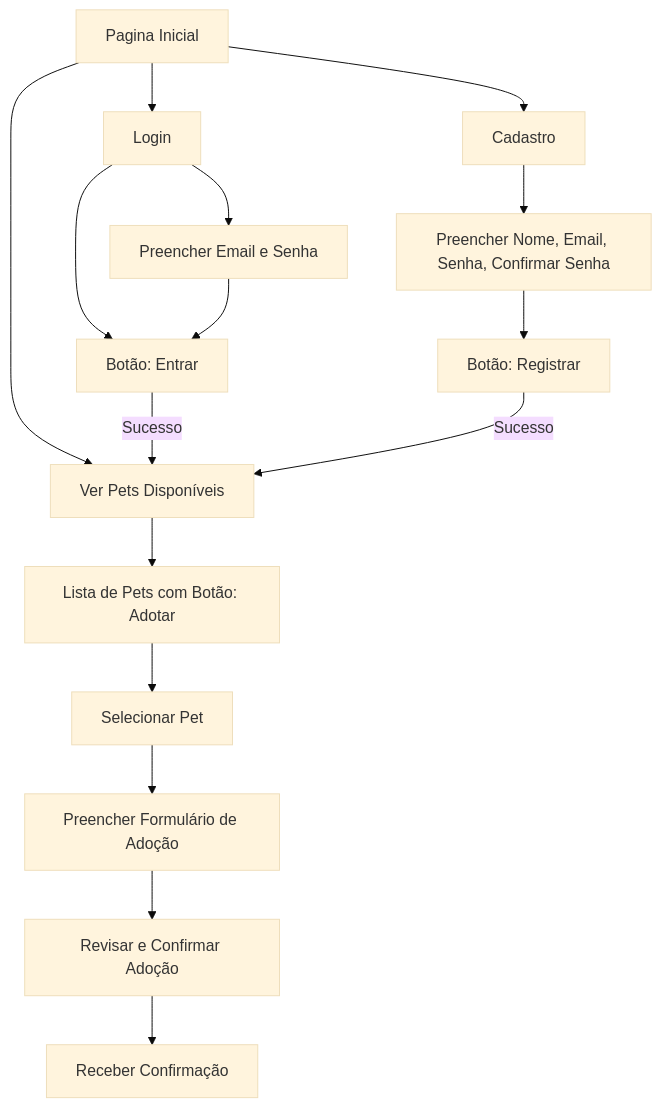
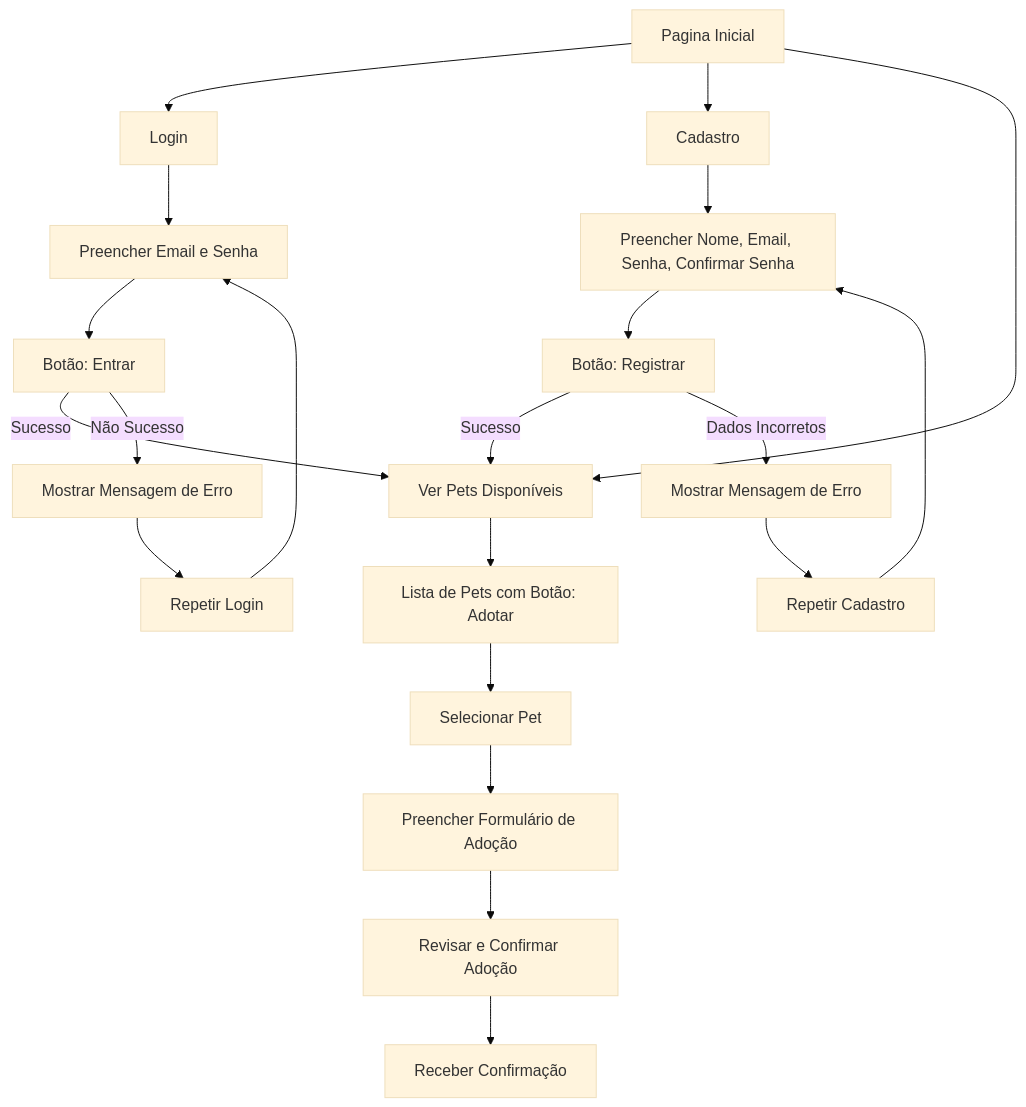
Before and after one commit to ICEI-PUC-Minas-PMV-ADS/pmv-ads-2024-2-e2-proj-int-t6-pmv-ads-2024-2-e2-proj-int-t6-IntApplicationProject-Template: the diagram in docs/04-Projeto de Interface.md, drawn with Mermaid (base theme).

Commit message:
Update 04-Projeto de Interface.md

````diff
--- a/docs/04-Projeto de Interface.md
+++ b/docs/04-Projeto de Interface.md
@@ -11,23 +11,28 @@
 ```mermaid
 graph TD;
     A[Pagina Inicial] --> B[Login]
     A --> C[Cadastro]
     A --> D[Ver Pets Disponíveis]
     
     B --> E[Preencher Email e Senha]
-    B --> F[Botão: Entrar]
-    E --> F
-    
+    E --> F[Botão: Entrar]
     F -->|Sucesso| D
+    F -->|Não Sucesso| N[Mostrar Mensagem de Erro]
+
+    N --> O[Repetir Login]
+    O --> E
     
     C --> G[Preencher Nome, Email, Senha, Confirmar Senha]
     G --> H[Botão: Registrar]
-    
     H -->|Sucesso| D
+    H -->|Dados Incorretos| P[Mostrar Mensagem de Erro]
+
+    P --> Q[Repetir Cadastro]
+    Q --> G
     
     D --> I[Lista de Pets com Botão: Adotar]
     I --> J[Selecionar Pet]
     J --> K[Preencher Formulário de Adoção]
     K --> L[Revisar e Confirmar Adoção]
     L --> M[Receber Confirmação]
 ```
````
